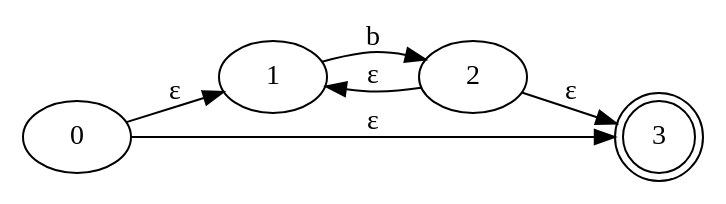
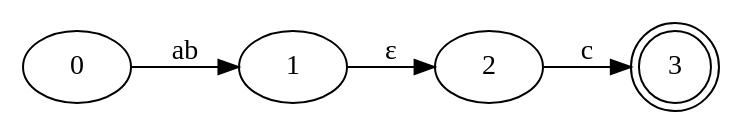
The diagram in test-output/nfa.gv (jua16073/lenguajes_proy1), drawn with Graphviz before and after one commit. The commit also changed 14 other files, not shown here.

```diff
--- a/test-output/nfa.gv
+++ b/test-output/nfa.gv
@@ -1,12 +1,10 @@
 digraph Automata {
 	rankdir=LR
 	0 [label=0]
-	0 -> 1 [label="ε"]
-	0 -> 3 [label="ε"]
+	0 -> 1 [label=ab]
 	1 [label=1]
-	1 -> 2 [label=b]
+	1 -> 2 [label="ε"]
 	2 [label=2]
-	2 -> 1 [label="ε"]
-	2 -> 3 [label="ε"]
+	2 -> 3 [label=c]
 	3 [label=3 shape=doublecircle]
 }
```
